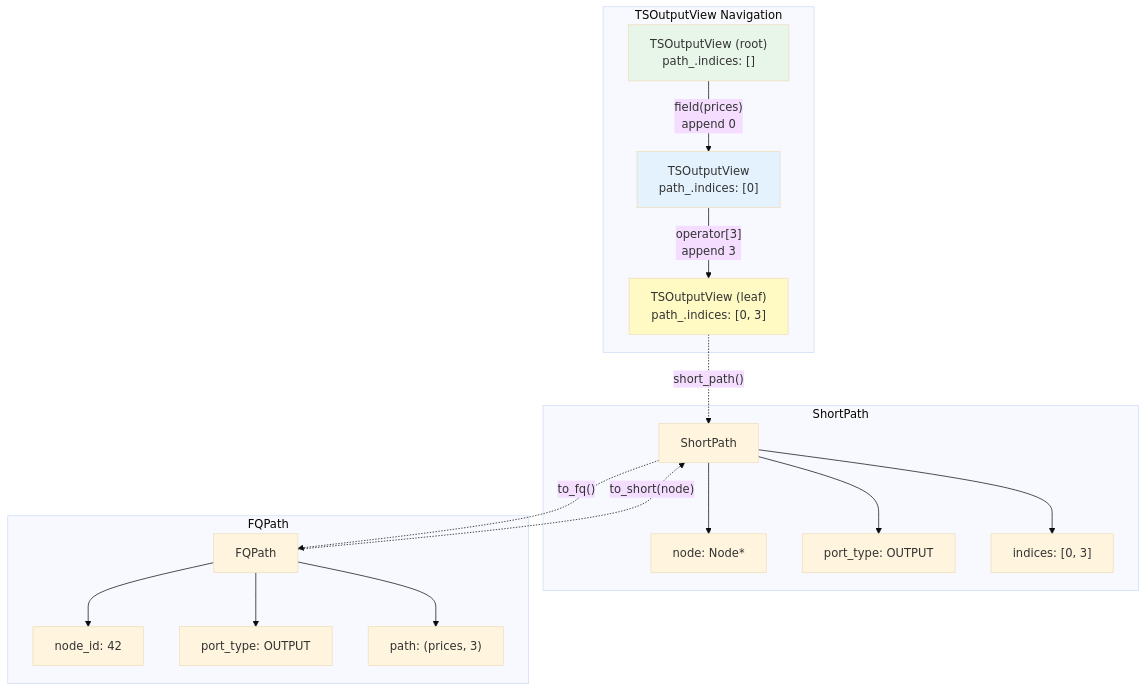
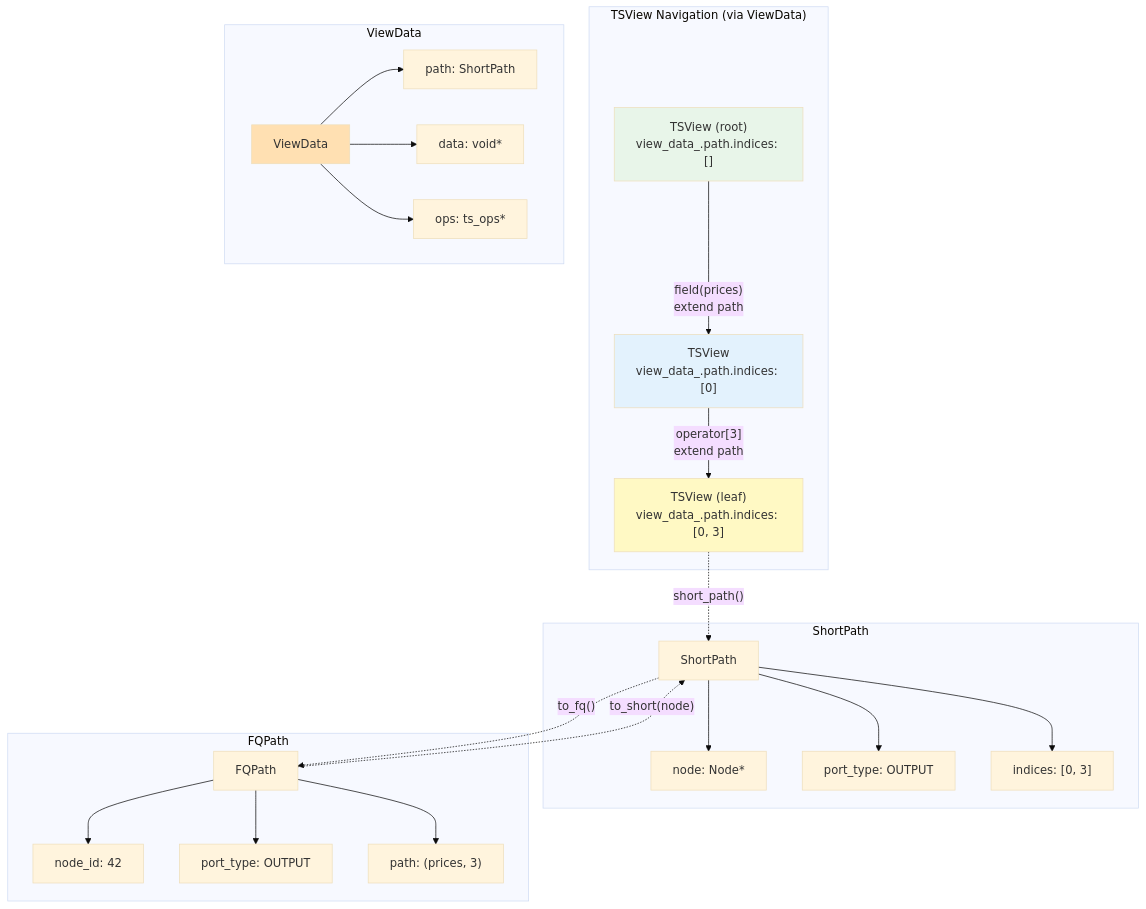
Before and after one commit to hhenson/hgraph: the fifth of 8 diagrams in ts_value_v2601/user_guide/05_TSOUTPUT_TSINPUT.md, drawn with Mermaid (base theme). The commit also changed other lines of this file and 3 other files, not shown here.

````diff
--- a/ts_value_v2601/user_guide/05_TSOUTPUT_TSINPUT.md
+++ b/ts_value_v2601/user_guide/05_TSOUTPUT_TSINPUT.md
@@ -1045,33 +1126,41 @@
 ```mermaid
 flowchart TB
-    subgraph "TSOutputView Navigation"
-        V1["TSOutputView (root)<br/>path_.indices: []"]
-        V2["TSOutputView<br/>path_.indices: [0]"]
-        V3["TSOutputView (leaf)<br/>path_.indices: [0, 3]"]
+    subgraph "TSView Navigation (via ViewData)"
+        V1["TSView (root)<br/>view_data_.path.indices: []"]
+        V2["TSView<br/>view_data_.path.indices: [0]"]
+        V3["TSView (leaf)<br/>view_data_.path.indices: [0, 3]"]
 
-        V1 --> |"field(prices)<br/>append 0"| V2
-        V2 --> |"operator[3]<br/>append 3"| V3
+        V1 --> |"field(prices)<br/>extend path"| V2
+        V2 --> |"operator[3]<br/>extend path"| V3
+    end
+
+    subgraph "ViewData"
+        VD["ViewData"]
+        VD --> SP["path: ShortPath"]
+        VD --> DATA["data: void*"]
+        VD --> OPS["ops: ts_ops*"]
     end
 
     subgraph "ShortPath"
-        SP["ShortPath"]
-        SP --> SPN["node: Node*"]
-        SP --> SPPT["port_type: OUTPUT"]
-        SP --> SPI["indices: [0, 3]"]
+        SP2["ShortPath"]
+        SP2 --> SPN["node: Node*"]
+        SP2 --> SPPT["port_type: OUTPUT"]
+        SP2 --> SPI["indices: [0, 3]"]
     end
 
     subgraph "FQPath"
         FQ["FQPath"]
         FQ --> NID["node_id: 42"]
         FQ --> PT["port_type: OUTPUT"]
         FQ --> PATH["path: (prices, 3)"]
     end
 
-    V3 -.-> |"short_path()"| SP
-    SP -.-> |"to_fq()"| FQ
-    FQ -.-> |"to_short(node)"| SP
+    V3 -.-> |"short_path()"| SP2
+    SP2 -.-> |"to_fq()"| FQ
+    FQ -.-> |"to_short(node)"| SP2
 
     style V1 fill:#e8f5e9
     style V2 fill:#e3f2fd
     style V3 fill:#fff9c4
+    style VD fill:#ffe0b2
 ```
````
